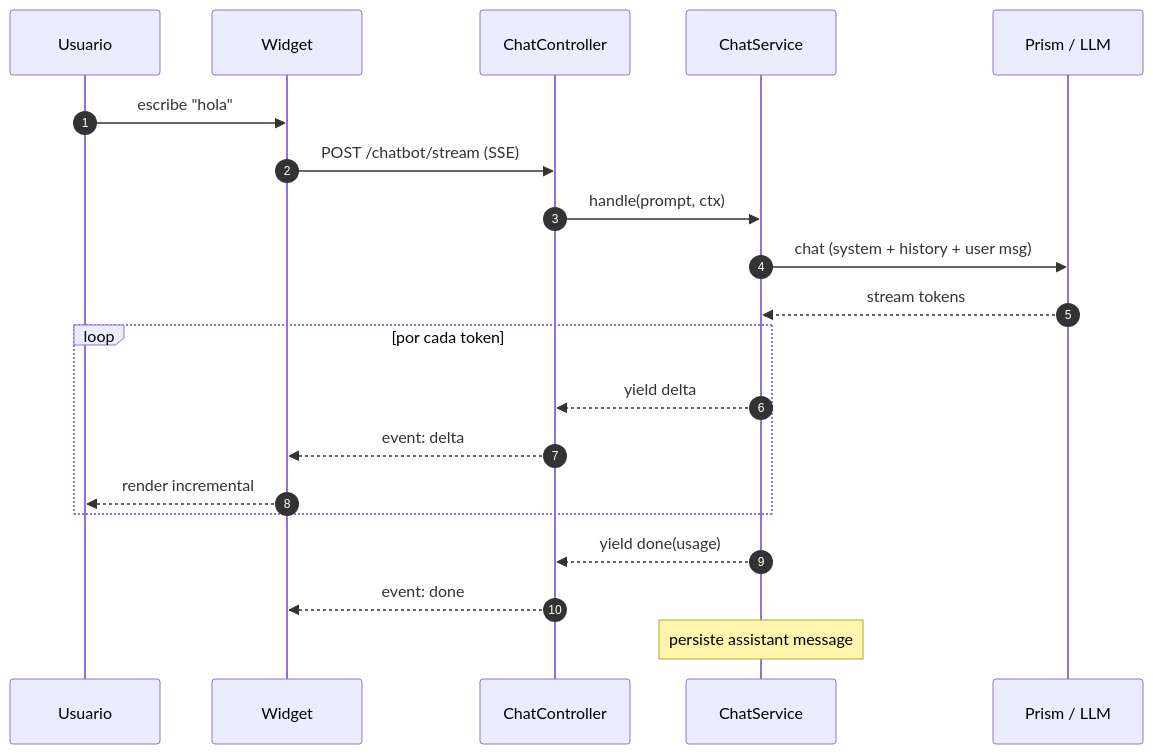
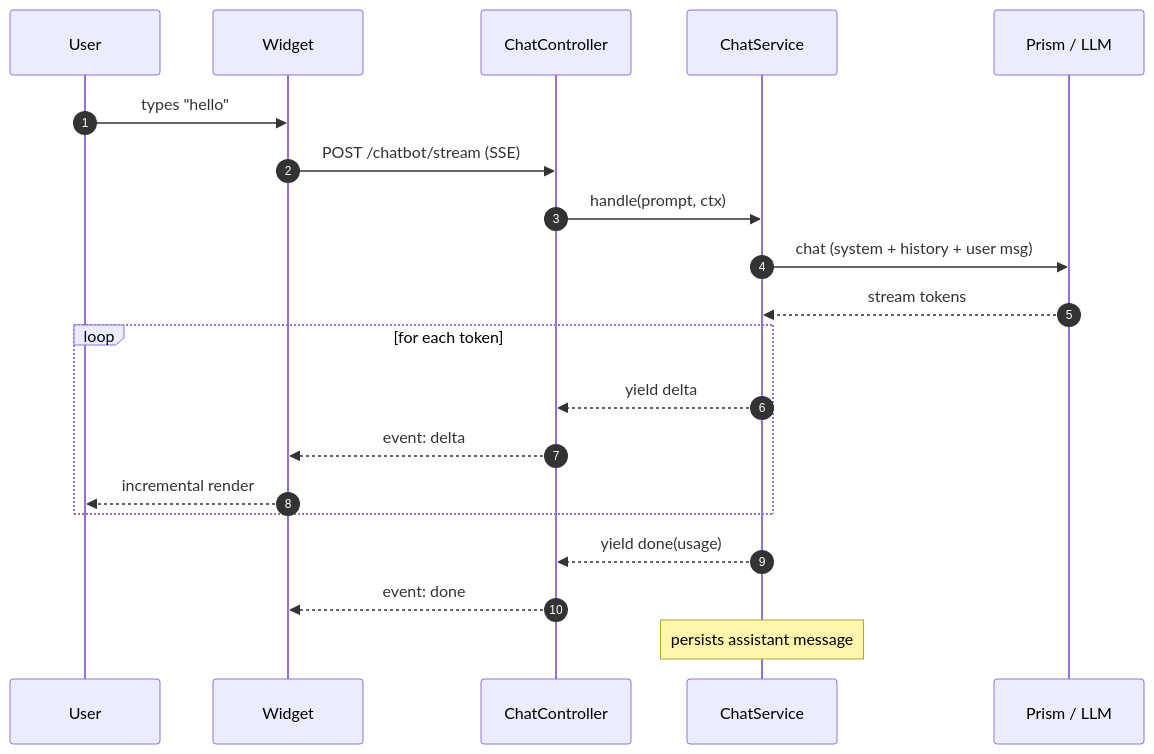
The first of 4 diagrams in docs/getting-started.md (rnkr69/lara-chatbot), drawn with Mermaid before and after one commit. The commit also changed other lines of this file and 42 other files, not shown here.

````diff
--- a/docs/getting-started.md
+++ b/docs/getting-started.md
@@ -268,22 +264,22 @@
 ```mermaid
 sequenceDiagram
     autonumber
-    participant U as Usuario
+    participant U as User
     participant W as Widget
     participant C as ChatController
     participant S as ChatService
     participant L as Prism / LLM
-    U->>W: escribe "hola"
+    U->>W: types "hello"
     W->>C: POST /chatbot/stream (SSE)
     C->>S: handle(prompt, ctx)
     S->>L: chat (system + history + user msg)
     L-->>S: stream tokens
-    loop por cada token
+    loop for each token
         S-->>C: yield delta
         C-->>W: event: delta
-        W-->>U: render incremental
+        W-->>U: incremental render
     end
     S-->>C: yield done(usage)
     C-->>W: event: done
-    Note over S: persiste assistant message
+    Note over S: persists assistant message
 ```
````
